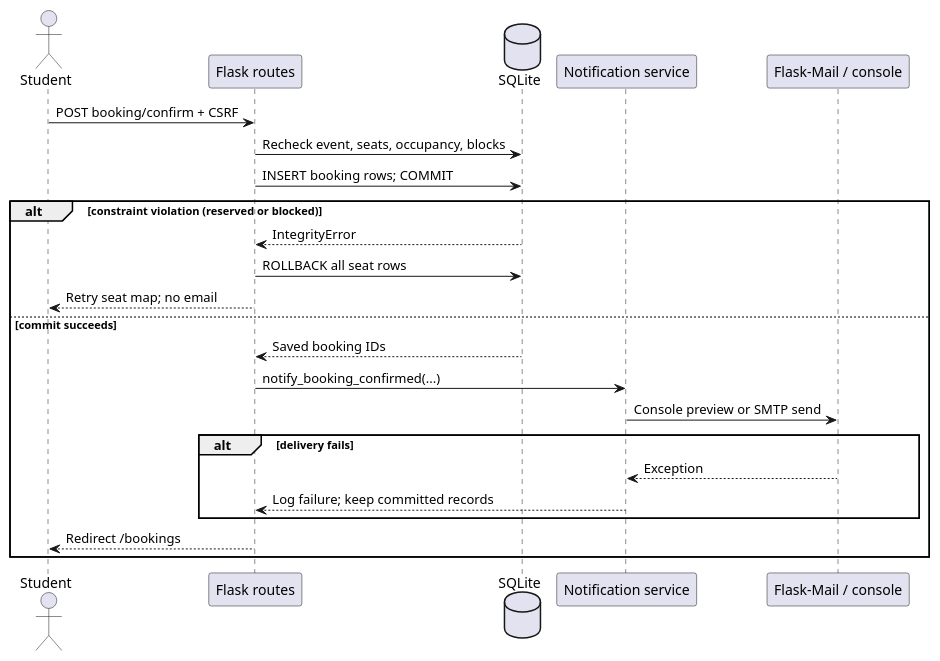
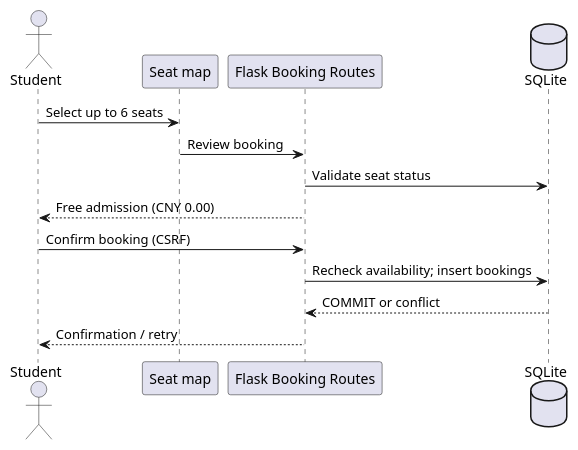
One commit to ItsMONIKAAKTER/CSTBS changed the fourth of 4 diagrams in docs/uml.md. Above: the diagram before and after it, drawn with PlantUML. The commit also changed other lines of this file and 32 other files, not shown here.

````diff
--- a/docs/uml.md
+++ b/docs/uml.md
@@ -239,26 +75,16 @@
 ```plantuml
 @startuml
 actor Student
-participant "Flask routes" as Routes
-database SQLite as DB
-participant "Notification service" as Notify
-participant "Flask-Mail / console" as Mail
-Student -> Routes : POST booking/confirm + CSRF
-Routes -> DB : Recheck event, seats, occupancy, blocks
-Routes -> DB : INSERT booking rows; COMMIT
-alt constraint violation (reserved or blocked)
-  DB --> Routes : IntegrityError
-  Routes -> DB : ROLLBACK all seat rows
-  Routes --> Student : Retry seat map; no email
-else commit succeeds
-  DB --> Routes : Saved booking IDs
-  Routes -> Notify : notify_booking_confirmed(...)
-  Notify -> Mail : Console preview or SMTP send
-  alt delivery fails
-    Mail --> Notify : Exception
-    Notify --> Routes : Log failure; keep committed records
-  end
-  Routes --> Student : Redirect /bookings
-end
+participant "Seat map" as UI
+participant "Flask Booking Routes" as API
+database SQLite
+Student -> UI : Select up to 6 seats
+UI -> API : Review booking
+API -> SQLite : Validate seat status
+API --> Student : Free admission (CNY 0.00)
+Student -> API : Confirm booking (CSRF)
+API -> SQLite : Recheck availability; insert bookings
+SQLite --> API : COMMIT or conflict
+API --> Student : Confirmation / retry
 @enduml
 ```
````
